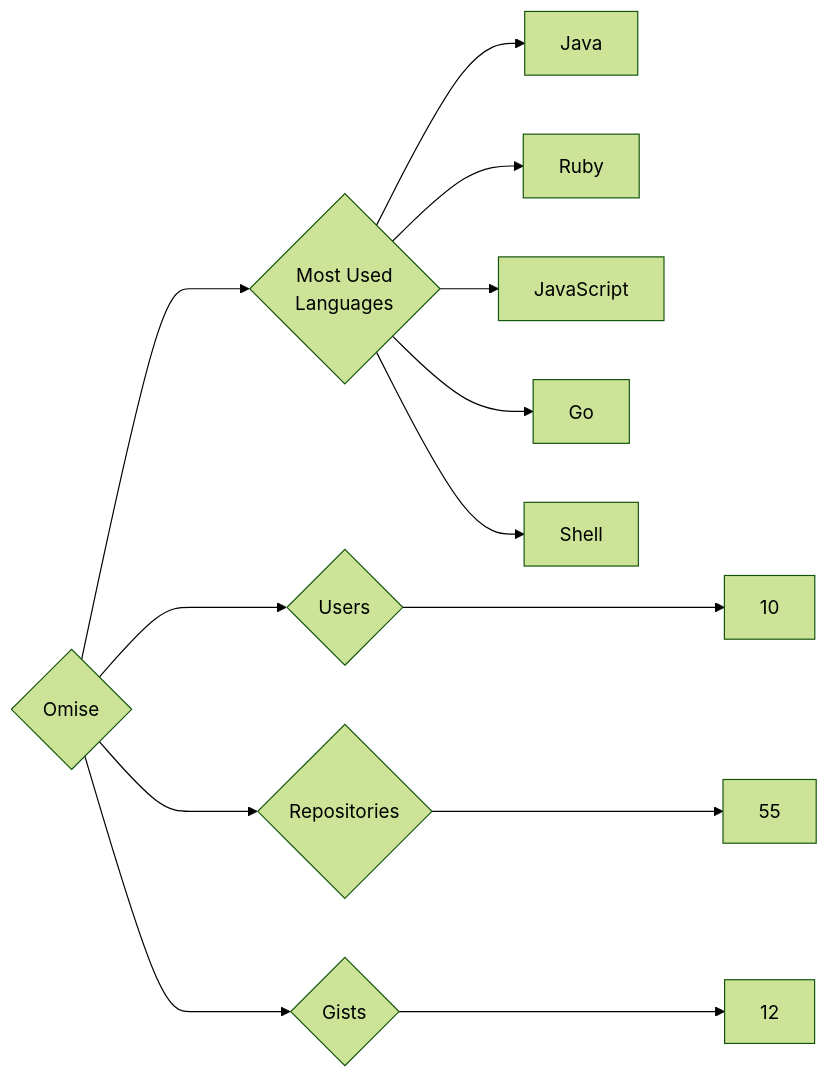
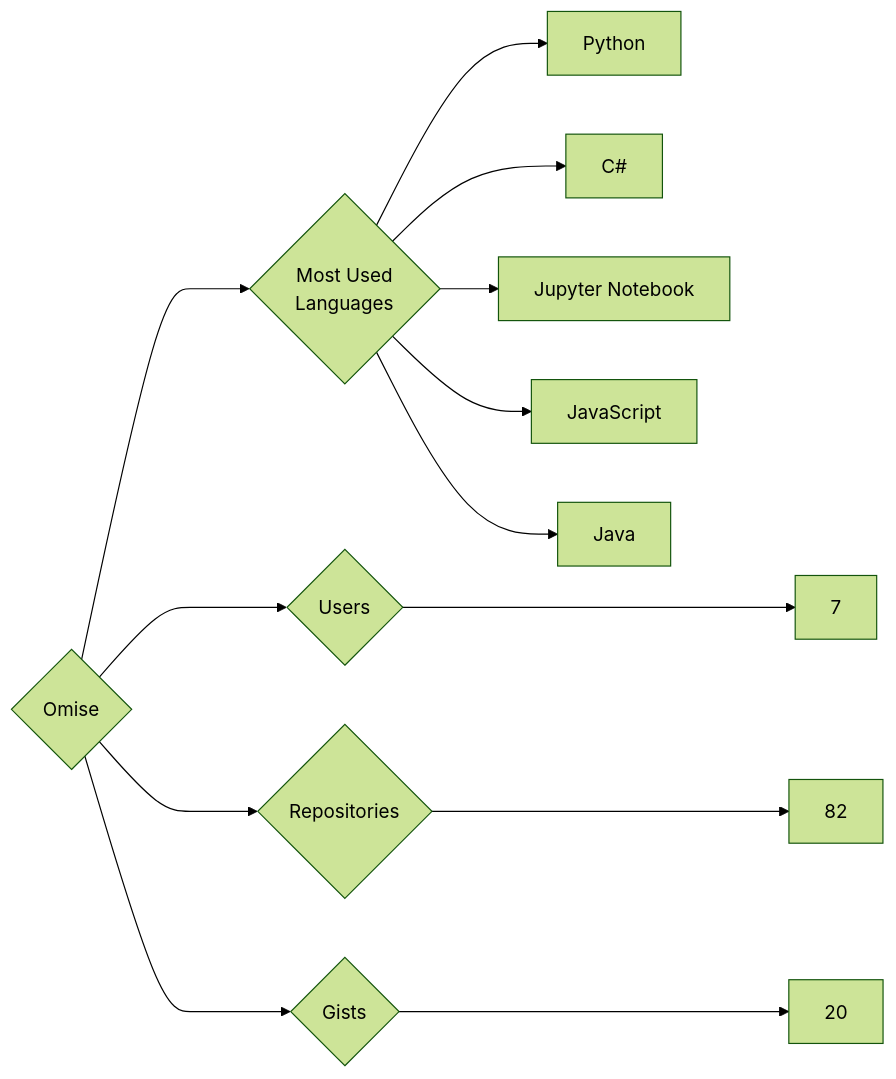
The diagram in targets/Omise/README.md (trickest/insiders), drawn with Mermaid (forest theme) before and after one commit. The commit also changed 898 other files, not shown here.

````diff
--- a/targets/Omise/README.md
+++ b/targets/Omise/README.md
@@ -3,13 +3,13 @@
 ```mermaid
 graph LR
 COMPANY_NAME{Omise}
-COMPANY_NAME ---> U{Users} ---> UN[10]
-COMPANY_NAME ---> R{Repositories} ---> RN[55]
-COMPANY_NAME ---> G{Gists} ---> GN[12]
+COMPANY_NAME ---> U{Users} ---> UN[7]
+COMPANY_NAME ---> R{Repositories} ---> RN[82]
+COMPANY_NAME ---> G{Gists} ---> GN[20]
 COMPANY_NAME ---> ML{Most Used<br>Languages}
+ML --> Python[Python]
+ML --> C#[C#]
+ML --> Jupyter_Notebook[Jupyter Notebook]
+ML --> JavaScript[JavaScript]
 ML --> Java[Java]
-ML --> Ruby[Ruby]
-ML --> JavaScript[JavaScript]
-ML --> Go[Go]
-ML --> Shell[Shell]
 ```
````
